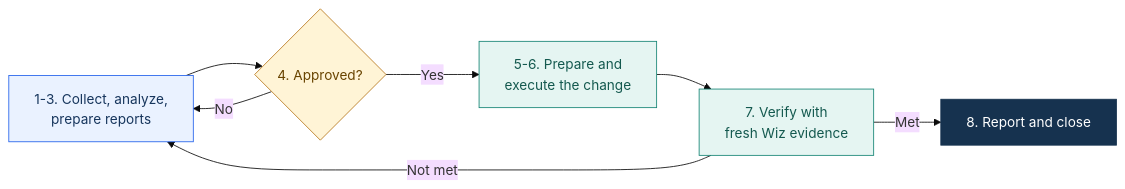
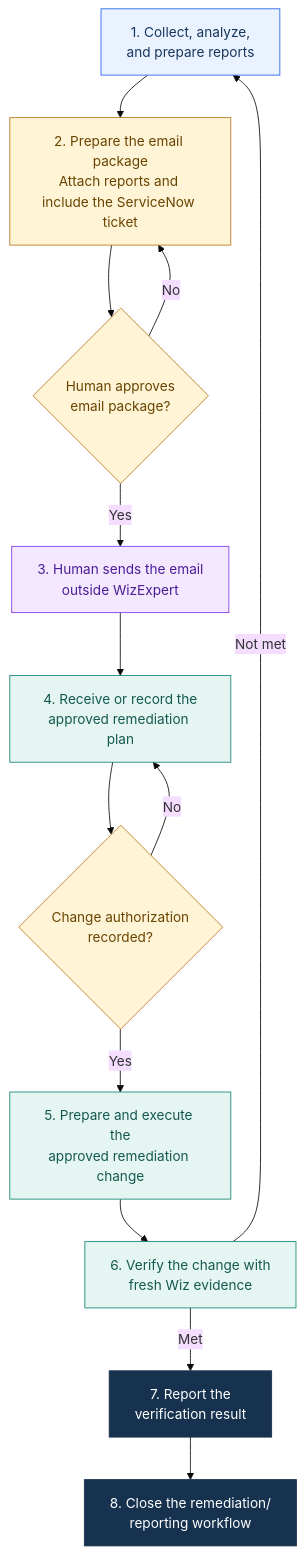
Before and after one commit to PrashantAHD/WizExpert: the diagram in README.md, drawn with Mermaid (base theme). The commit also changed other lines of this file and 8 other files, not shown here.

````diff
--- a/README.md
+++ b/README.md
@@ -49,18 +49,28 @@
 ```mermaid
-flowchart LR
-    A["1-3. Collect, analyze,<br/>prepare reports"] --> D{"4. Approved?"}
-    D -->|No| A
-    D -->|Yes| E["5-6. Prepare and<br/>execute the change"]
-    E --> G["7. Verify with<br/>fresh Wiz evidence"]
-    G -->|Not met| A
-    G -->|Met| I["8. Report and close"]
+flowchart TD
+    A["1. Collect, analyze,<br/>and prepare reports"] --> B["2. Prepare the email package<br/>Attach reports and include the ServiceNow ticket"]
+    B --> C{"Human approves<br/>email package?"}
+    C -->|No| B
+    C -->|Yes| D["3. Human sends the email<br/>outside WizExpert"]
+    D --> E["4. Receive or record the<br/>approved remediation plan"]
+    E --> F{"Change authorization<br/>recorded?"}
+    F -->|No| E
+    F -->|Yes| G["5. Prepare and execute the<br/>approved remediation change"]
+    G --> H["6. Verify the change with<br/>fresh Wiz evidence"]
+    H -->|Not met| A
+    H -->|Met| I["7. Report the<br/>verification result"]
+    I --> J["8. Close the remediation/<br/>reporting workflow"]
 
-    classDef investigate fill:#EAF2FF,stroke:#2563EB,color:#17365D
+    classDef prepare fill:#EAF2FF,stroke:#2563EB,color:#17365D
+    classDef communication fill:#FFF4D6,stroke:#B7791F,color:#694400
+    classDef remediation fill:#E5F5F2,stroke:#168575,color:#14594F
+    classDef complete fill:#16324F,stroke:#16324F,color:#FFFFFF
     classDef gate fill:#FFF4D6,stroke:#B7791F,color:#694400
-    classDef action fill:#E5F5F2,stroke:#168575,color:#14594F
-    classDef complete fill:#16324F,stroke:#16324F,color:#FFFFFF
-    class A investigate
-    class D gate
-    class E,G action
-    class I complete
+    classDef external fill:#F3E8FF,stroke:#7C3AED,color:#4C1D95
+    class A prepare
+    class B communication
+    class C,F gate
+    class D external
+    class E,G,H remediation
+    class I,J complete
 ```
````
